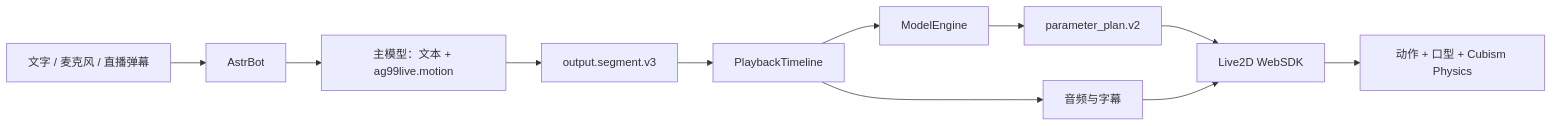
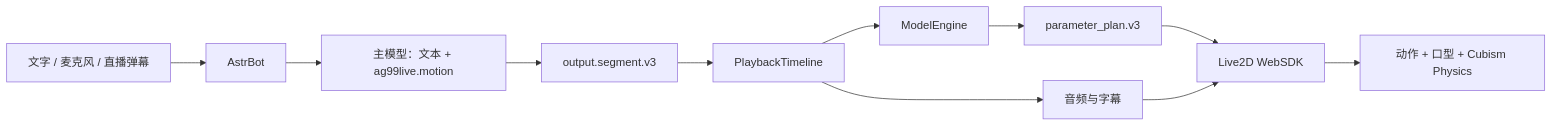
One commit to murphys7017/AG99live changed the diagram in README.md. Above: the diagram before and after it, drawn with Mermaid. The commit also changed other lines of this file and 18 other files, not shown here.

Commit message:
docs: document parameter plan v3 dynamics

````diff
--- a/README.md
+++ b/README.md
@@ -207,13 +207,13 @@
 ```mermaid
 flowchart LR
     U["文字 / 麦克风 / 直播弹幕"] --> A["AstrBot"]
     A --> P["主模型：文本 + ag99live.motion"]
     P --> S["output.segment.v3"]
     S --> T["PlaybackTimeline"]
     T --> AU["音频与字幕"]
     T --> M["ModelEngine"]
-    M --> PL["parameter_plan.v2"]
+    M --> PL["parameter_plan.v3"]
     PL --> L["Live2D WebSDK"]
     AU --> L
     L --> R["动作 + 口型 + Cubism Physics"]
 ```
````
